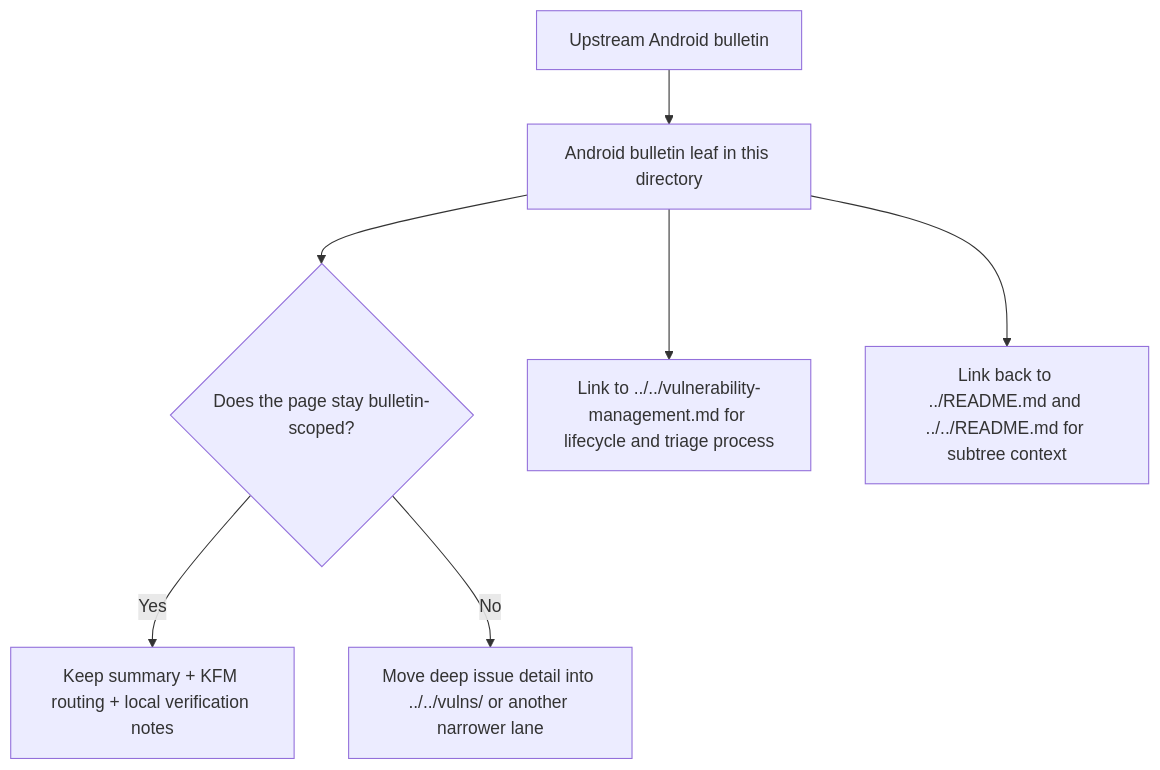
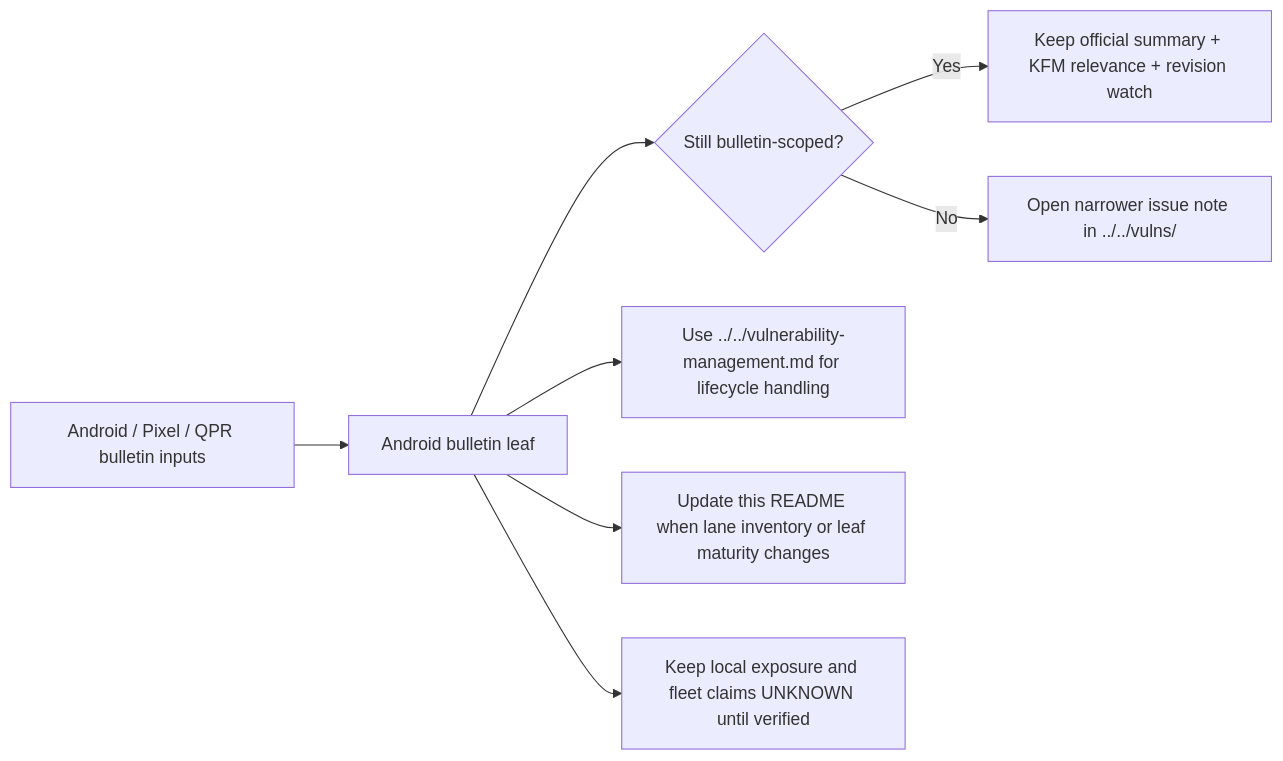
The diagram in docs/security/bulletins/android/README.md (bartytime4life/Kansas-Frontier-Matrix), drawn with Mermaid before and after one commit. The commit also changed other lines of this file, not shown here.

````diff
--- a/docs/security/bulletins/android/README.md
+++ b/docs/security/bulletins/android/README.md
@@ -168,9 +236,10 @@
 ```mermaid
-flowchart TD
-    A[Upstream Android bulletin] --> B[Android bulletin leaf in this directory]
-    B --> C{Does the page stay bulletin-scoped?}
-    C -- Yes --> D[Keep summary + KFM routing + local verification notes]
-    C -- No --> E[Move deep issue detail into ../../vulns/ or another narrower lane]
-    B --> F[Link to ../../vulnerability-management.md for lifecycle and triage process]
-    B --> G[Link back to ../README.md and ../../README.md for subtree context]
+flowchart LR
+    A[Android / Pixel / QPR bulletin inputs] --> B[Android bulletin leaf]
+    B --> C{Still bulletin-scoped?}
+    C -- Yes --> D[Keep official summary + KFM relevance + revision watch]
+    C -- No --> E[Open narrower issue note in ../../vulns/]
+    B --> F[Use ../../vulnerability-management.md for lifecycle handling]
+    B --> G[Update this README when lane inventory or leaf maturity changes]
+    B --> H[Keep local exposure and fleet claims UNKNOWN until verified]
 ```
````
